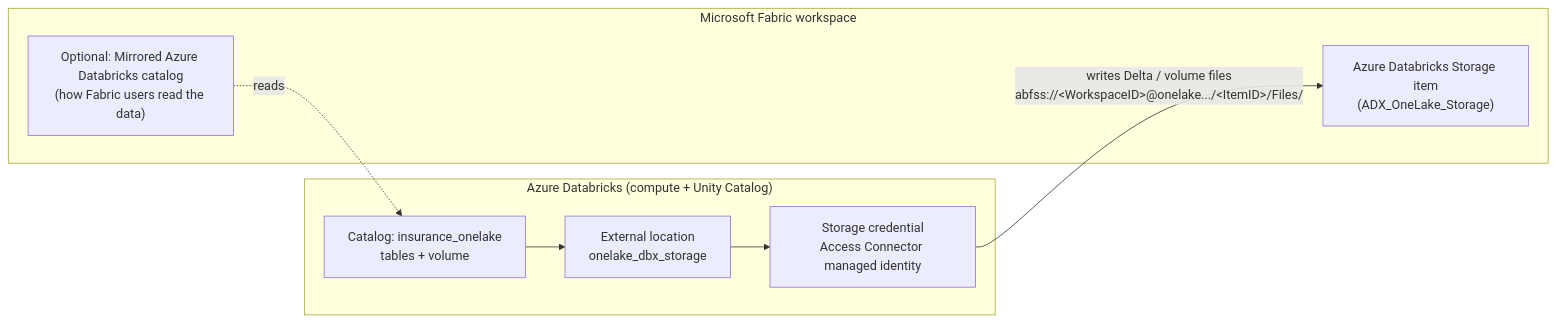
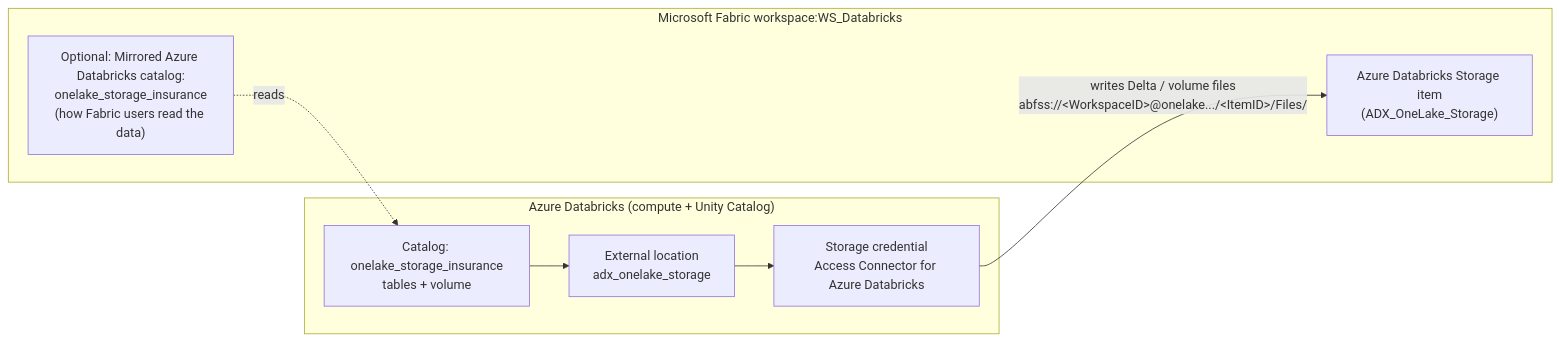
Before and after one commit to Yasminmv110/fsi-fabric-databricks-integration: the diagram in azure-databricks-storage-item/README_AzureDatabricksStorage.md, drawn with Mermaid. The commit also changed 1 other file, not shown here.

Commit message:
commit the changes to diagram

````diff
--- a/azure-databricks-storage-item/README_AzureDatabricksStorage.md
+++ b/azure-databricks-storage-item/README_AzureDatabricksStorage.md
@@ -25,15 +25,16 @@
 ```mermaid
 flowchart LR
   subgraph Databricks["Azure Databricks (compute + Unity Catalog)"]
-    UC["Catalog: insurance_onelake<br/>tables + volume"]
-    EL["External location<br/>onelake_dbx_storage"]
-    SC["Storage credential<br/>Access Connector managed identity"]
+    UC["Catalog: onelake_storage_insurance<br/>tables + volume"]
+    EL["External location<br/>adx_onelake_storage"]
+    SC["Storage credential<br/>Access Connector for Azure Databricks"]
     UC --> EL --> SC
   end
-  subgraph Fabric["Microsoft Fabric workspace"]
+  subgraph Fabric["Microsoft Fabric workspace:WS_Databricks"]
     ST["Azure Databricks Storage item<br/>(ADX_OneLake_Storage)"]
-    MC["Optional: Mirrored Azure Databricks catalog<br/>(how Fabric users read the data)"]
+    MC["Optional: Mirrored Azure Databricks catalog:
+onelake_storage_insurance<br/>(how Fabric users read the data)"]
   end
   SC -- "writes Delta / volume files<br/>abfss://&lt;WorkspaceID&gt;@onelake.../&lt;ItemID&gt;/Files/" --> ST
   MC -. reads .-> UC
 ```
````
